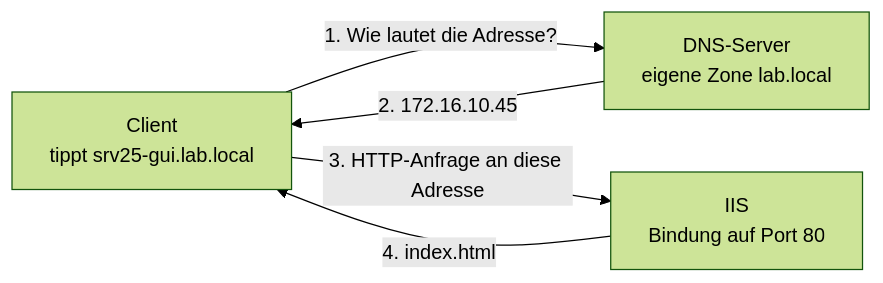
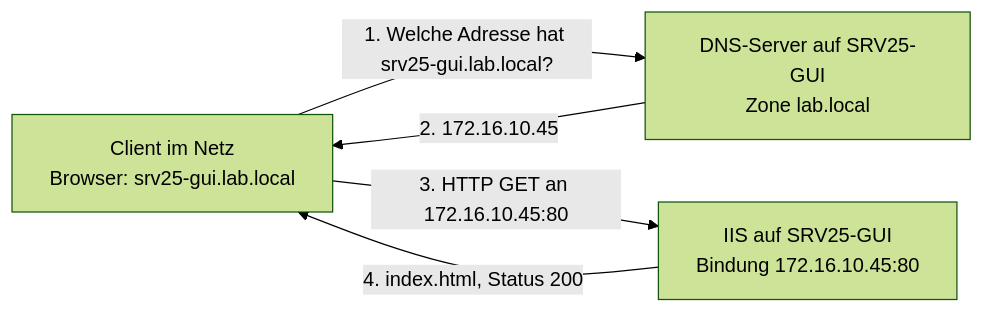
The first of 2 diagrams in docs/08-iis-und-dns.md (tafirnat/windows-server-lab), drawn with Mermaid (forest theme) before and after one commit. The commit also changed other lines of this file and 7 other files, not shown here.

````diff
--- a/docs/08-iis-und-dns.md
+++ b/docs/08-iis-und-dns.md
@@ -9,10 +9,10 @@
 ```mermaid
 flowchart LR
-    C["Client<br/>tippt srv25-gui.lab.local"]
-    D["DNS-Server<br/>eigene Zone lab.local"]
-    W["IIS<br/>Bindung auf Port 80"]
-    C -->|"1. Wie lautet die Adresse?"| D
+    C["Client im Netz<br/>Browser: srv25-gui.lab.local"]
+    D["DNS-Server auf SRV25-GUI<br/>Zone lab.local"]
+    W["IIS auf SRV25-GUI<br/>Bindung 172.16.10.45:80"]
+    C -->|"1. Welche Adresse hat srv25-gui.lab.local?"| D
     D -->|"2. 172.16.10.45"| C
-    C -->|"3. HTTP-Anfrage an diese Adresse"| W
-    W -->|"4. index.html"| C
+    C -->|"3. HTTP GET an 172.16.10.45:80"| W
+    W -->|"4. index.html, Status 200"| C
 ```
````
